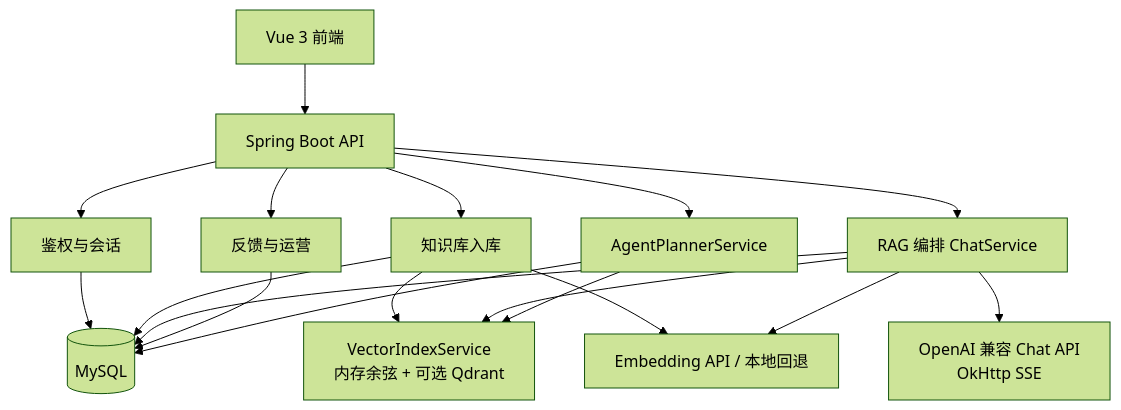
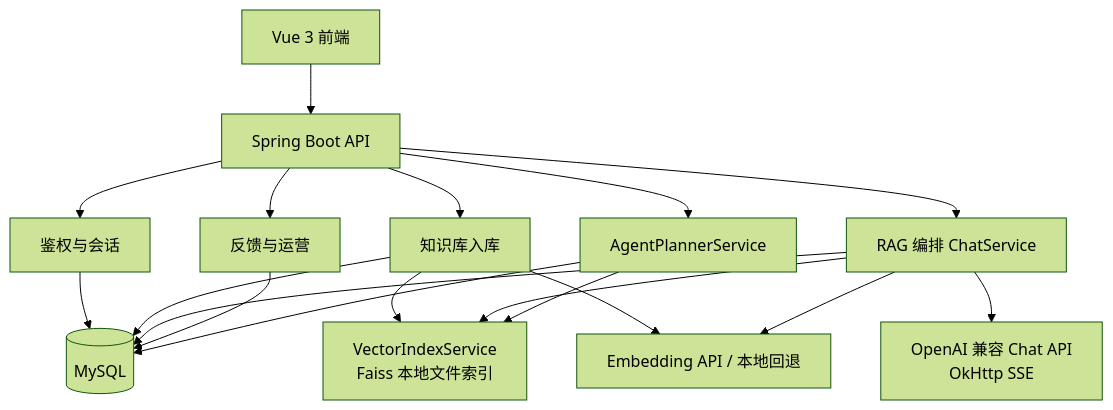
Before and after one commit to farhub-wq/AI-: the first of 4 diagrams in docs/AI架构设计.md, drawn with Mermaid (forest theme). The commit also changed other lines of this file and 11 other files, not shown here.

````diff
--- a/docs/AI架构设计.md
+++ b/docs/AI架构设计.md
@@ -20,23 +20,23 @@
 ```mermaid
 flowchart TD
     FE[Vue 3 前端] --> API[Spring Boot API]
     API --> AUTH[鉴权与会话]
     API --> KB[知识库入库]
     API --> RAG[RAG 编排 ChatService]
     API --> OBS[反馈与运营]
     API --> AGENT[AgentPlannerService]
 
     AUTH --> MYSQL[(MySQL)]
     KB --> MYSQL
     RAG --> MYSQL
     OBS --> MYSQL
     AGENT --> MYSQL
 
-    KB --> VEC[VectorIndexService<br/>内存余弦 + 可选 Qdrant]
+    KB --> VEC[VectorIndexService<br/>Faiss 本地文件索引]
     RAG --> VEC
     AGENT --> VEC
 
     KB --> EMB[Embedding API / 本地回退]
     RAG --> EMB
     RAG --> LLM[OpenAI 兼容 Chat API<br/>OkHttp SSE]
 ```
````
